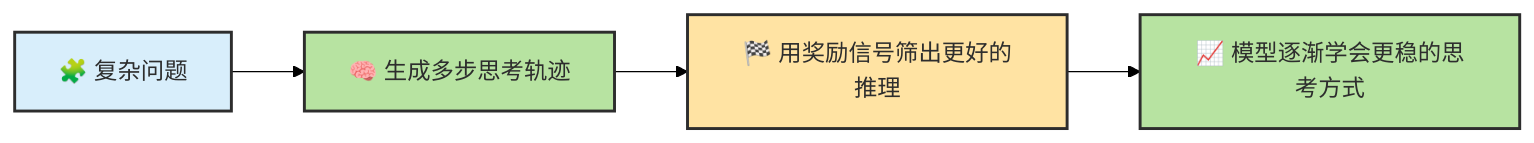
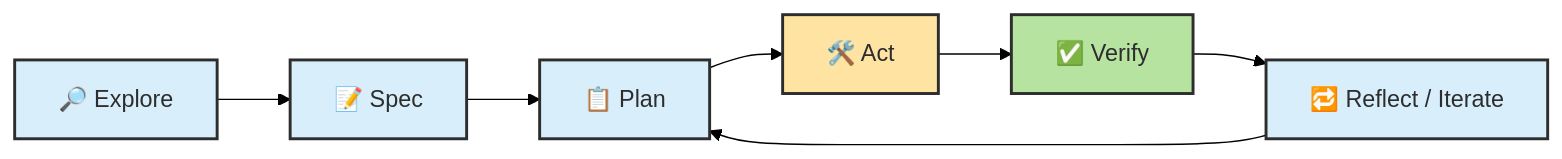
The tenth of 19 diagrams in docs/chapters/ch02-concepts.md (zht043/AgenticCodingTutorial), drawn with Mermaid (forest theme) before and after one commit. The commit also changed other lines of this file, not shown here.

````diff
--- a/docs/chapters/ch02-concepts.md
+++ b/docs/chapters/ch02-concepts.md
@@ -757,8 +424,8 @@
 ```mermaid
 flowchart LR
-    classDef input fill:#d8eefb,stroke:#2d2d2d,stroke-width:2px,color:#2d2d2d
-    classDef process fill:#b7e3a1,stroke:#2d2d2d,stroke-width:2px,color:#2d2d2d
-    classDef reward fill:#ffe3a3,stroke:#2d2d2d,stroke-width:2px,color:#2d2d2d
+    classDef step fill:#d8eefb,stroke:#2d2d2d,stroke-width:2px,color:#2d2d2d
+    classDef act fill:#ffe3a3,stroke:#2d2d2d,stroke-width:2px,color:#2d2d2d
+    classDef check fill:#b7e3a1,stroke:#2d2d2d,stroke-width:2px,color:#2d2d2d
 
-    I["🧩 复杂问题"]:::input --> P["🧠 生成多步思考轨迹"]:::process --> R["🏁 用奖励信号筛出更好的推理"]:::reward --> M["📈 模型逐渐学会更稳的思考方式"]:::process
+    E["🔎 Explore"]:::step --> S["📝 Spec"]:::step --> P["📋 Plan"]:::step --> A["🛠️ Act"]:::act --> V["✅ Verify"]:::check --> R["🔁 Reflect / Iterate"]:::step --> P
 ```
````
